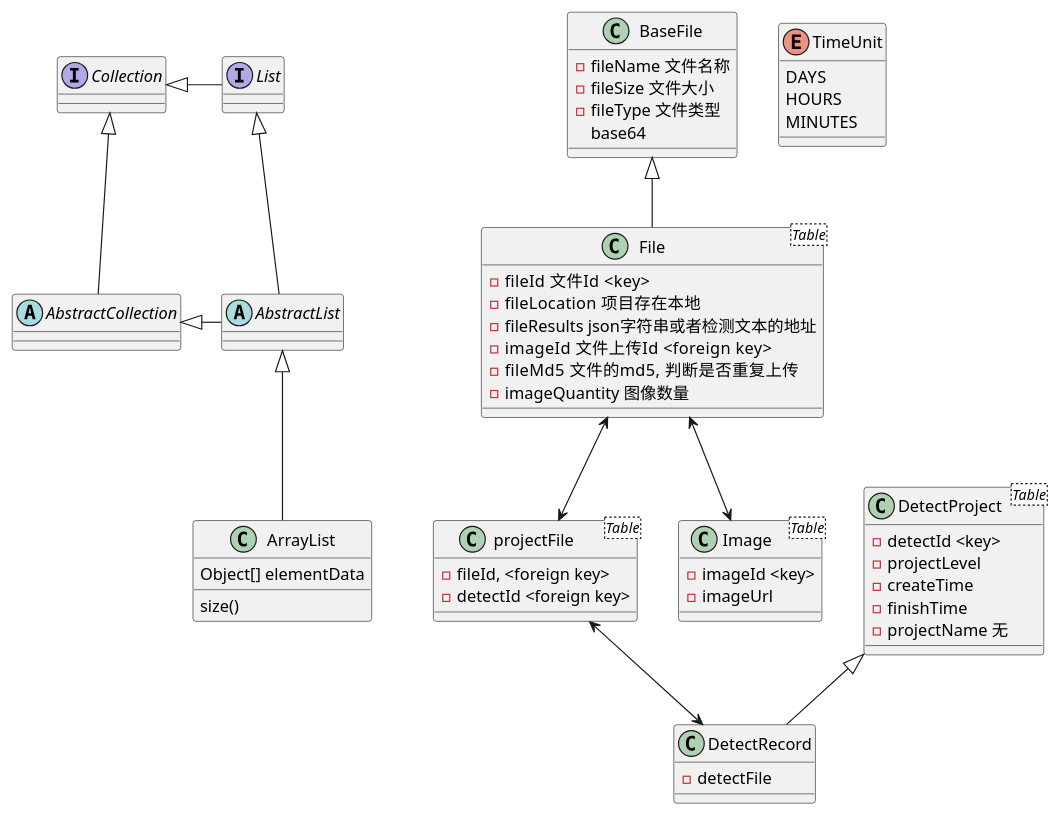
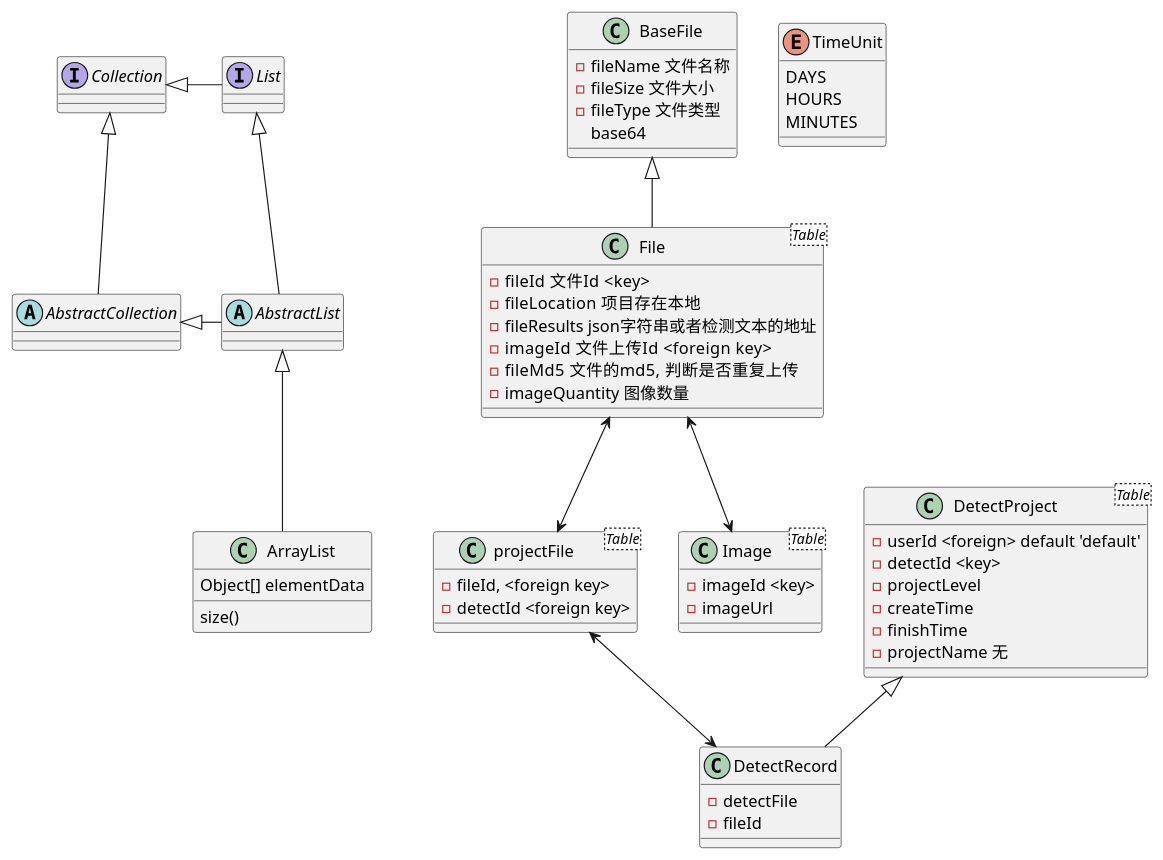
The diagram in desgin/src/main/java/com/coder/common/util/uml/DetectRecord.puml (201983290498/DeepFake), drawn with PlantUML before and after one commit. The commit also changed 9 other files, not shown here.

```diff
--- a/desgin/src/main/java/com/coder/common/util/uml/DetectRecord.puml
+++ b/desgin/src/main/java/com/coder/common/util/uml/DetectRecord.puml
@@ -1,63 +1,65 @@
 @startuml
 'https://plantuml.com/class-diagram
 
 abstract class AbstractList
 abstract AbstractCollection
 interface List
 interface Collection
 
 List <|-- AbstractList
 Collection <|-- AbstractCollection
 
 Collection <|- List
 AbstractCollection <|- AbstractList
 AbstractList <|-- ArrayList
 
 BaseFile <|-- File
 DetectProject <|-- DetectRecord
 projectFile <--> DetectRecord
 File <--> projectFile
 File <--> Image
 class ArrayList {
 Object[] elementData
 size()
 }
 
 enum TimeUnit {
 DAYS
 HOURS
 MINUTES
 }
 class DetectProject<Table> {
+-userId <foreign> default 'default'
 -detectId <key>
 -projectLevel
 -createTime
 -finishTime
 -projectName 无
 }
 class DetectRecord{
 -detectFile
+-fileId
 }
 class BaseFile{
 -fileName 文件名称
 -fileSize 文件大小
 -fileType 文件类型
 base64
 }
 class File<Table>{
 -fileId  文件Id <key>
 -fileLocation  项目存在本地
 -fileResults json字符串或者检测文本的地址
 -imageId   文件上传Id <foreign key>
 -fileMd5   文件的md5, 判断是否重复上传
 -imageQuantity 图像数量
 }
 class projectFile<Table>{
 -fileId, <foreign key>
 -detectId <foreign key>
 }
 class Image<Table> {
 -imageId <key>
 -imageUrl
 }
 @enduml
```
